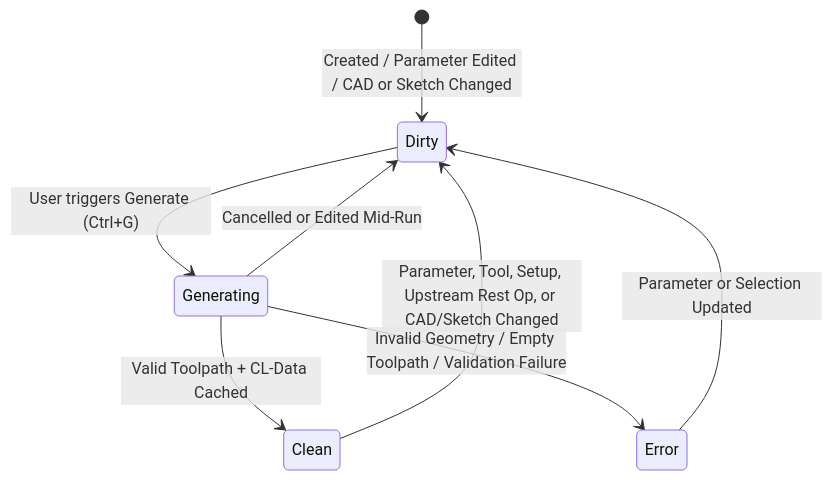
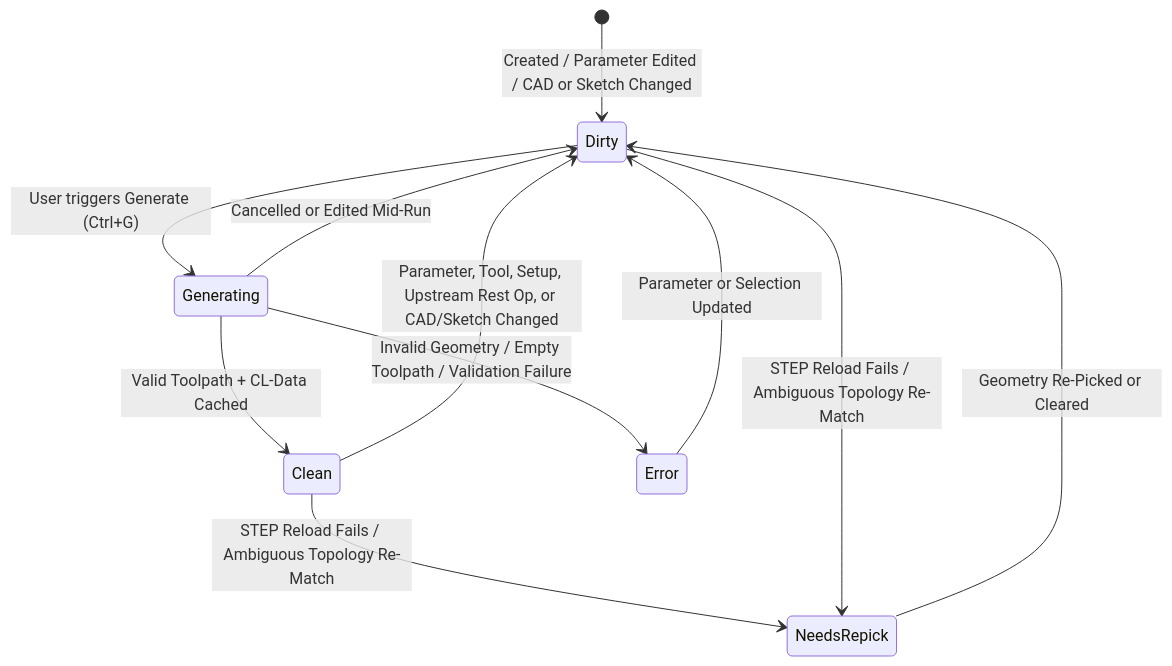
The diagram in specs/05-operations.md (rk29/ChipCutter), drawn with Mermaid before and after one commit. The commit also changed other lines of this file and 10 other files, not shown here.

````diff
--- a/specs/05-operations.md
+++ b/specs/05-operations.md
@@ -6,10 +8,13 @@
 ```mermaid
 stateDiagram-v2
     [*] --> Dirty : Created / Parameter Edited / CAD or Sketch Changed
     Dirty --> Generating : User triggers Generate (Ctrl+G)
     Generating --> Clean : Valid Toolpath + CL-Data Cached
     Generating --> Dirty : Cancelled or Edited Mid-Run
     Generating --> Error : Invalid Geometry / Empty Toolpath / Validation Failure
     Clean --> Dirty : Parameter, Tool, Setup, Upstream Rest Op, or CAD/Sketch Changed
+    Clean --> NeedsRepick : STEP Reload Fails / Ambiguous Topology Re-Match
+    Dirty --> NeedsRepick : STEP Reload Fails / Ambiguous Topology Re-Match
     Error --> Dirty : Parameter or Selection Updated
+    NeedsRepick --> Dirty : Geometry Re-Picked or Cleared
 ```
````
